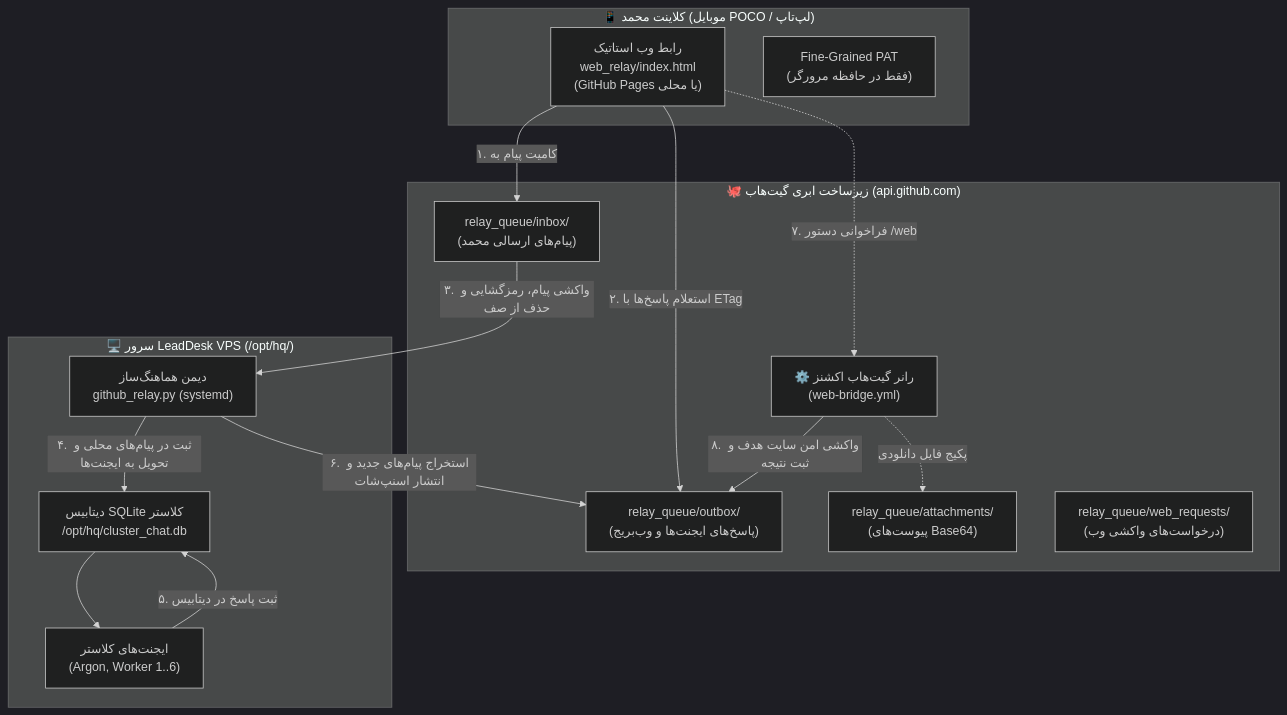
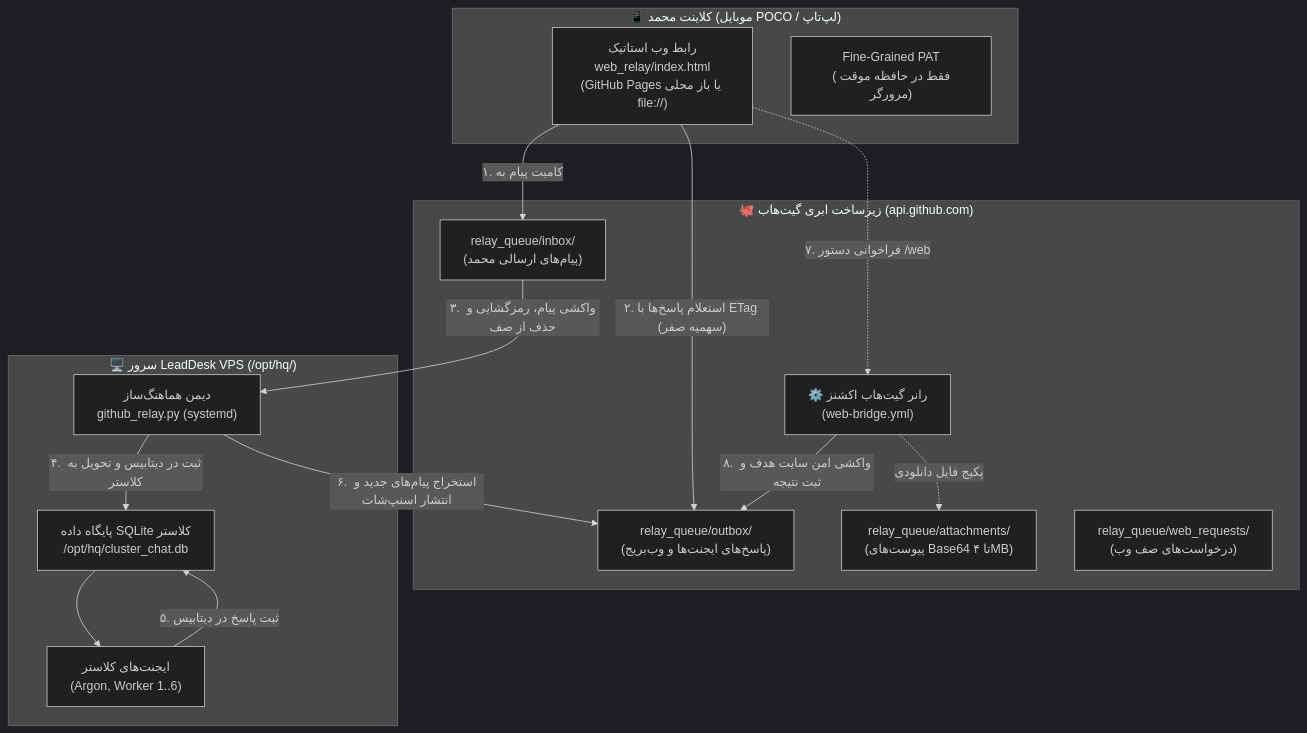
One commit to mohammadlali0707-stack/agw-workers changed the diagram in docs/GITHUB_RELAY_GUIDE_FA.md. Above: the diagram before and after it, drawn with Mermaid (dark theme). The commit also changed other lines of this file, not shown here.

````diff
--- a/docs/GITHUB_RELAY_GUIDE_FA.md
+++ b/docs/GITHUB_RELAY_GUIDE_FA.md
@@ -24,32 +25,32 @@
 ```mermaid
 flowchart TD
     subgraph ClientDevice ["📱 کلاینت محمد (موبایل POCO / لپ‌تاپ)"]
-        UI["رابط وب استاتیک\nweb_relay/index.html\n(GitHub Pages یا محلی)"]
-        LocalToken["Fine-Grained PAT\n(فقط در حافظه مرورگر)"]
+        UI["رابط وب استاتیک\nweb_relay/index.html\n(GitHub Pages یا باز محلی file://)"]
+        LocalToken["Fine-Grained PAT\n(فقط در حافظه موقت مرورگر)"]
     end
 
     subgraph GitHubInfra ["🐙 زیرساخت ابری گیت‌هاب (api.github.com)"]
         Inbox["relay_queue/inbox/\n(پیام‌های ارسالی محمد)"]
         Outbox["relay_queue/outbox/\n(پاسخ‌های ایجنت‌ها و وب‌بریج)"]
-        Atts["relay_queue/attachments/\n(پیوست‌های Base64)"]
-        WebReq["relay_queue/web_requests/\n(درخواست‌های واکشی وب)"]
+        Atts["relay_queue/attachments/\n(پیوست‌های Base64 تا ۴MB)"]
+        WebReq["relay_queue/web_requests/\n(درخواست‌های صف وب)"]
         ActionsRunner["⚙️ رانر گیت‌هاب اکشنز\n(web-bridge.yml)"]
     end
 
     subgraph VPSHost ["🖥️ سرور LeadDesk VPS (/opt/hq/)"]
         Daemon["دیمن هماهنگ‌ساز\ngithub_relay.py (systemd)"]
-        SQLiteDB["دیتابیس SQLite کلاستر\n/opt/hq/cluster_chat.db"]
+        SQLiteDB["پایگاه داده SQLite کلاستر\n/opt/hq/cluster_chat.db"]
         Agents["ایجنت‌های کلاستر\n(Argon, Worker 1..6)"]
     end
 
     UI -- "۱. کامیت پیام به" --> Inbox
-    UI -- "۲. استعلام پاسخ‌ها با ETag" --> Outbox
+    UI -- "۲. استعلام پاسخ‌ها با ETag (سهمیه صفر)" --> Outbox
     Inbox -- "۳. واکشی پیام، رمزگشایی و حذف از صف" --> Daemon
-    Daemon -- "۴. ثبت در پیام‌های محلی و تحویل به ایجنت‌ها" --> SQLiteDB
+    Daemon -- "۴. ثبت در دیتابیس و تحویل به کلاستر" --> SQLiteDB
     SQLiteDB --> Agents
     Agents -- "۵. ثبت پاسخ در دیتابیس" --> SQLiteDB
     Daemon -- "۶. استخراج پیام‌های جدید و انتشار اسنپ‌شات" --> Outbox
     UI -. "۷. فراخوانی دستور /web" .-> ActionsRunner
     ActionsRunner -- "۸. واکشی امن سایت هدف و ثبت نتیجه" --> Outbox
     ActionsRunner -. "پکیج فایل دانلودی" .-> Atts
 ```
````
